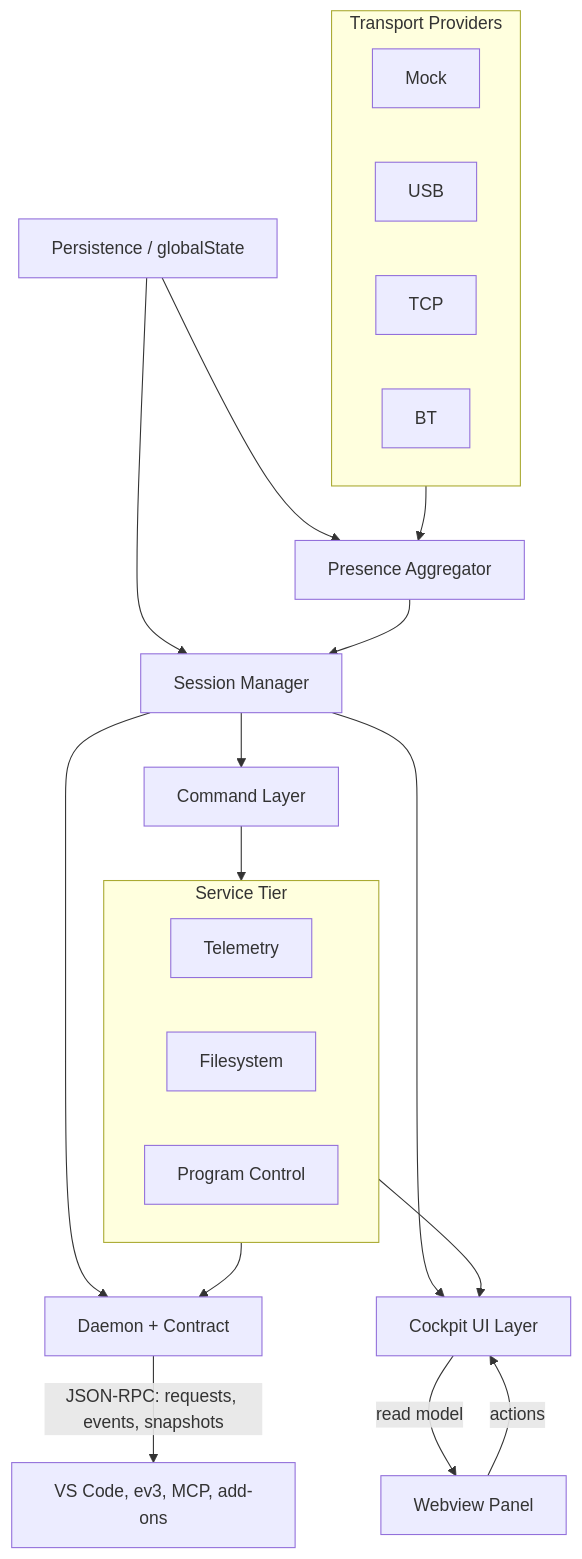
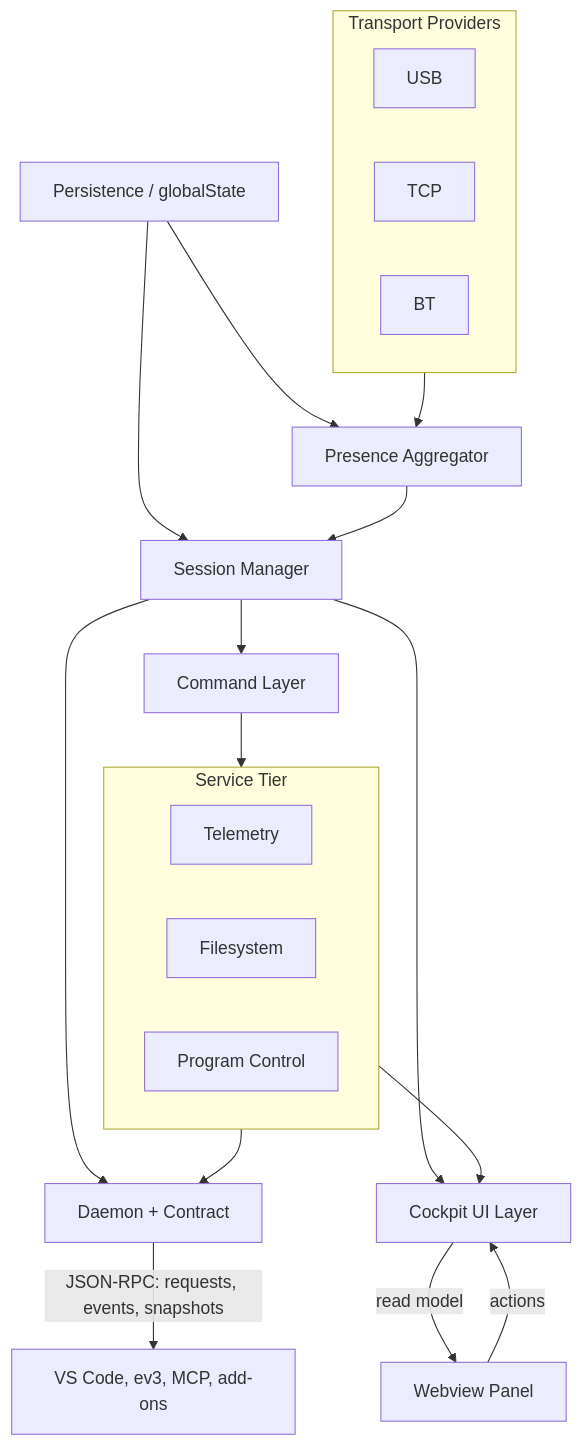
The first of 5 diagrams in DESIGN.md (99LevelsUp/ev3-cockpit), drawn with Mermaid before and after one commit. The commit also changed other lines of this file and 36 other files, not shown here.

````diff
--- a/DESIGN.md
+++ b/DESIGN.md
@@ -91,36 +97,35 @@
 ```mermaid
 graph TD
     subgraph Providers["Transport Providers"]
-        PM[Mock]
         PU[USB]
         PT[TCP]
         PB[BT]
     end
 
     PERS[Persistence / globalState]
 
     PA[Presence Aggregator]
     SM[Session Manager]
     CMD[Command Layer]
     subgraph Services["Service Tier"]
         TM[Telemetry]
         FS[Filesystem]
         PC[Program Control]
     end
     API[Daemon + Contract]
     UI[Cockpit UI Layer]
 
     Providers --> PA
     PERS --> PA
     PERS --> SM
     PA --> SM
     SM --> CMD
     CMD --> Services
     SM --> API
     Services --> API
     SM --> UI
     Services --> UI
     API -->|JSON-RPC: requests, events, snapshots| EXT[VS Code, ev3, MCP, add-ons]
     UI -->|read model| PANEL[Webview Panel]
     PANEL -->|actions| UI
 ```
````
